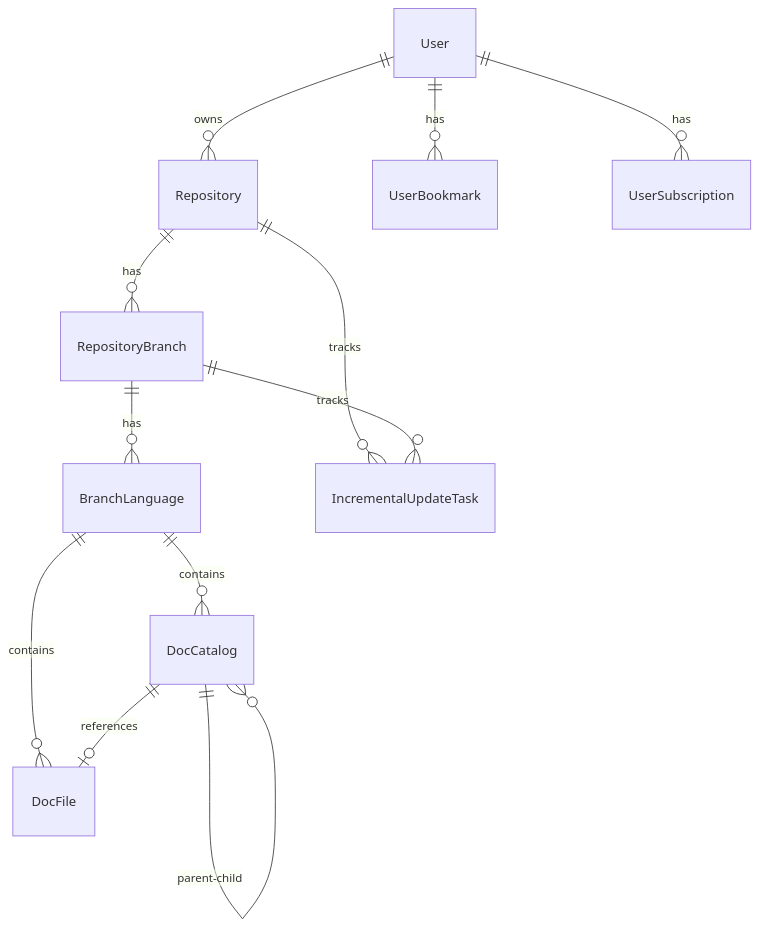
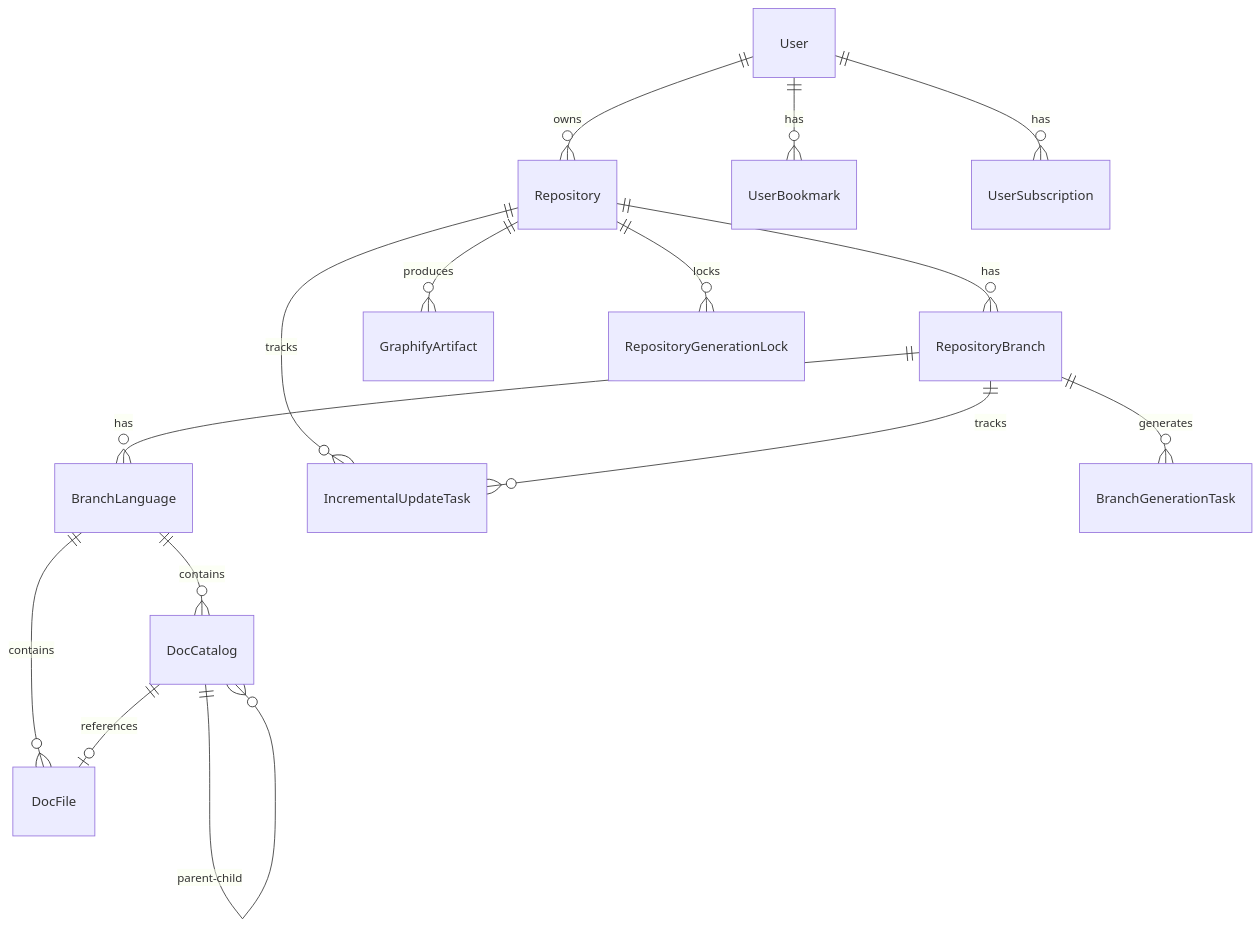
The diagram in docs/content/docs/architecture/data-models.mdx (jianyuyanyu/OpenDeepWiki), drawn with Mermaid before and after one commit. The commit also changed other lines of this file and 22 other files, not shown here.

````diff
--- a/docs/content/docs/architecture/data-models.mdx
+++ b/docs/content/docs/architecture/data-models.mdx
@@ -21,14 +21,17 @@
 ```mermaid
 erDiagram
     Repository ||--o{ RepositoryBranch : has
     RepositoryBranch ||--o{ BranchLanguage : has
     BranchLanguage ||--o{ DocCatalog : contains
     BranchLanguage ||--o{ DocFile : contains
     DocCatalog ||--o{ DocCatalog : "parent-child"
     DocCatalog ||--o| DocFile : references
     Repository ||--o{ IncrementalUpdateTask : tracks
     RepositoryBranch ||--o{ IncrementalUpdateTask : tracks
+    RepositoryBranch ||--o{ BranchGenerationTask : generates
+    Repository ||--o{ GraphifyArtifact : produces
+    Repository ||--o{ RepositoryGenerationLock : locks
     User ||--o{ Repository : owns
     User ||--o{ UserBookmark : has
     User ||--o{ UserSubscription : has
 ```
````
